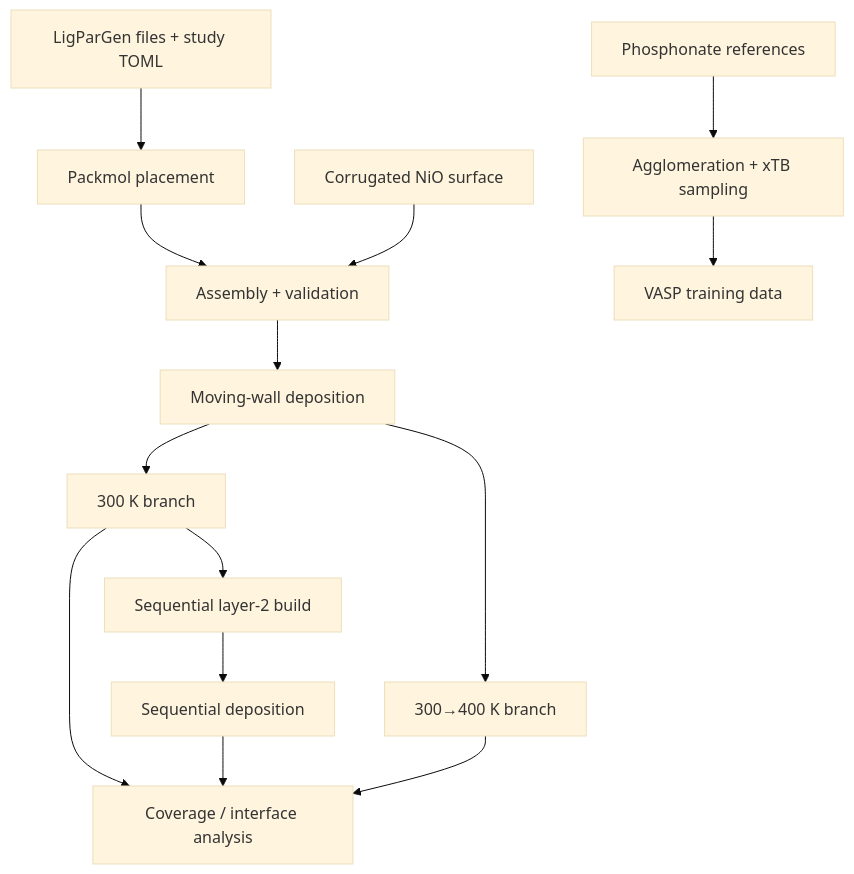
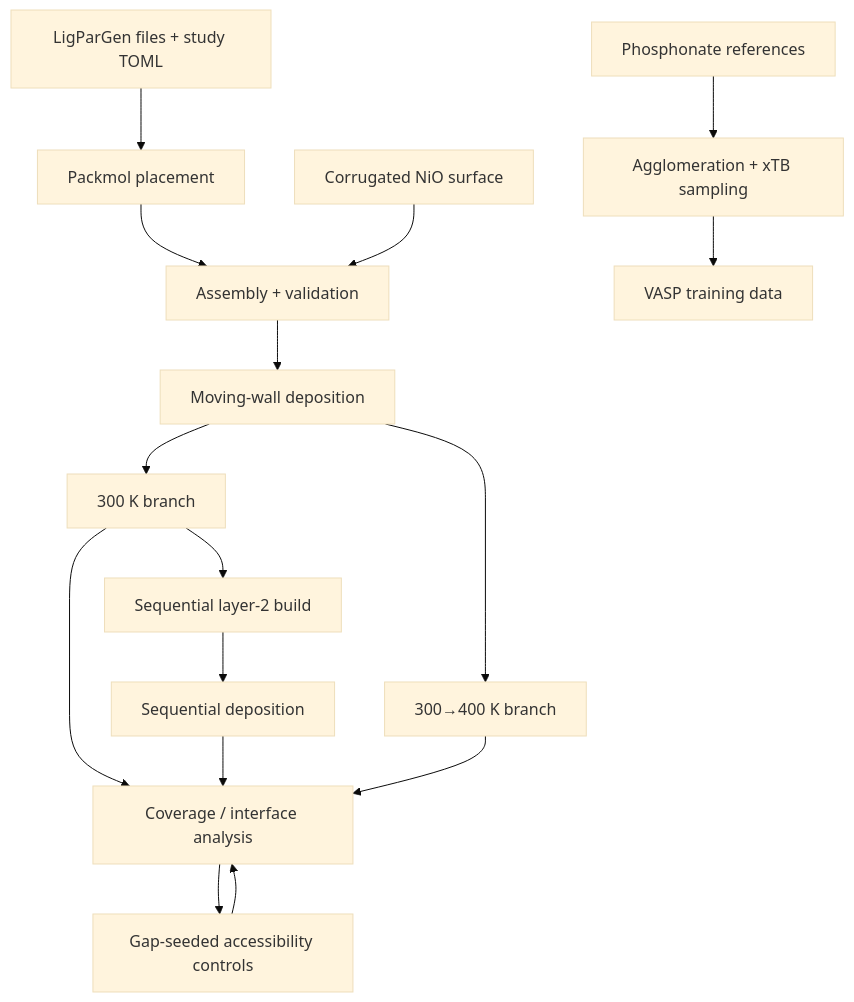
The diagram in README.md (lgutsev/NiO_MD_Passivation), drawn with Mermaid (base theme) before and after one commit. The commit also changed other lines of this file, not shown here.

Commit message:
docs: polish repository overview and gap-seeded terminology

````diff
--- a/README.md
+++ b/README.md
@@ -36,16 +39,18 @@
 ```mermaid
 flowchart TD
     A["LigParGen files + study TOML"] --> B["Packmol placement"]
     S["Corrugated NiO surface"] --> C["Assembly + validation"]
     B --> C
     C --> D["Moving-wall deposition"]
     D --> E["300 K branch"]
     D --> F["300→400 K branch"]
     E --> G["Coverage / interface analysis"]
     F --> G
     E --> H["Sequential layer-2 build"]
     H --> I["Sequential deposition"]
     I --> G
-    J["Phosphonate references"] --> K["Agglomeration + xTB sampling"]
-    K --> L["VASP training data"]
+    G --> J["Gap-seeded accessibility controls"]
+    J --> G
+    K["Phosphonate references"] --> L["Agglomeration + xTB sampling"]
+    L --> M["VASP training data"]
 ```
````
